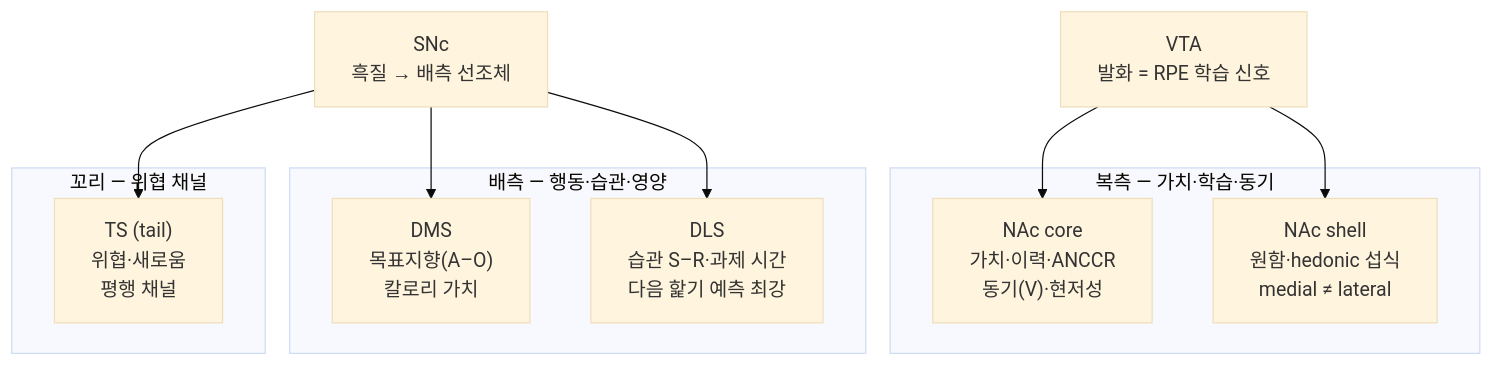
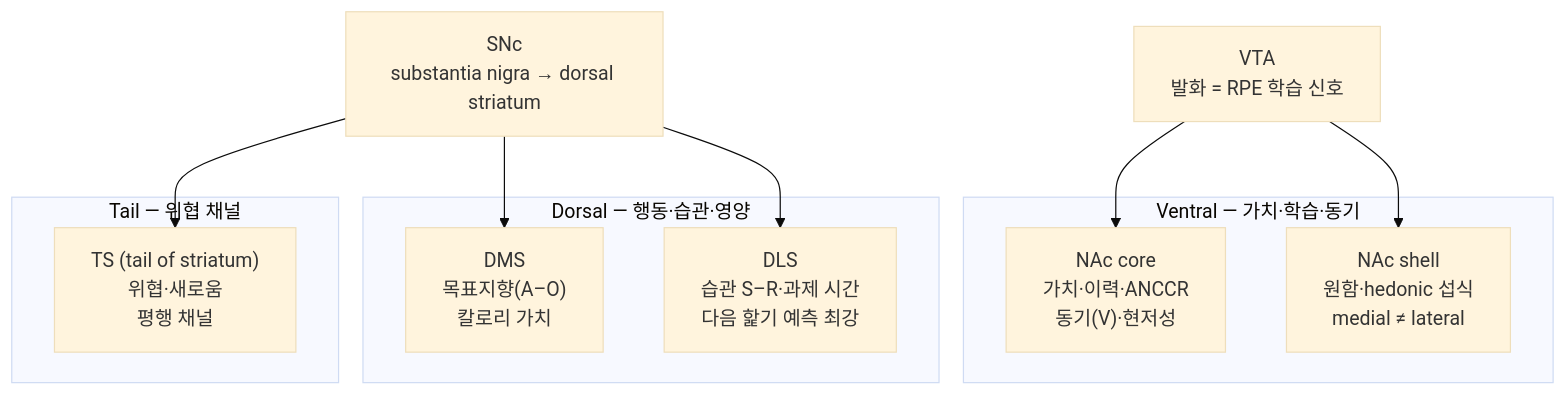
One commit to hjchoiSNU/llm-wiki changed the diagram in content/overview-dopamine-roles-by-striatal-region.md. Above: the diagram before and after it, drawn with Mermaid (base theme). The commit also changed other lines of this file and 10 other files, not shown here.

````diff
--- a/content/overview-dopamine-roles-by-striatal-region.md
+++ b/content/overview-dopamine-roles-by-striatal-region.md
@@ -24,21 +24,21 @@
 ```mermaid
 flowchart TB
-  SNc["SNc<br/>흑질 → 배측 선조체"]
+  SNc["SNc<br/>substantia nigra → dorsal striatum"]
   VTA["VTA<br/>발화 = RPE 학습 신호"]
-  subgraph VEN["복측 — 가치·학습·동기"]
+  subgraph VEN["Ventral — 가치·학습·동기"]
     CORE["NAc core<br/>가치·이력·ANCCR<br/>동기(V)·현저성"]
     SHELL["NAc shell<br/>원함·hedonic 섭식<br/>medial ≠ lateral"]
   end
-  subgraph DOR["배측 — 행동·습관·영양"]
+  subgraph DOR["Dorsal — 행동·습관·영양"]
     DMS["DMS<br/>목표지향(A–O)<br/>칼로리 가치"]
     DLS["DLS<br/>습관 S–R·과제 시간<br/>다음 핥기 예측 최강"]
   end
-  subgraph TAIL["꼬리 — 위협 채널"]
-    TS["TS (tail)<br/>위협·새로움<br/>평행 채널"]
+  subgraph TAIL["Tail — 위협 채널"]
+    TS["TS (tail of striatum)<br/>위협·새로움<br/>평행 채널"]
   end
   VTA --> CORE
   VTA --> SHELL
   SNc --> DMS
   SNc --> DLS
   SNc --> TS
 ```
````
